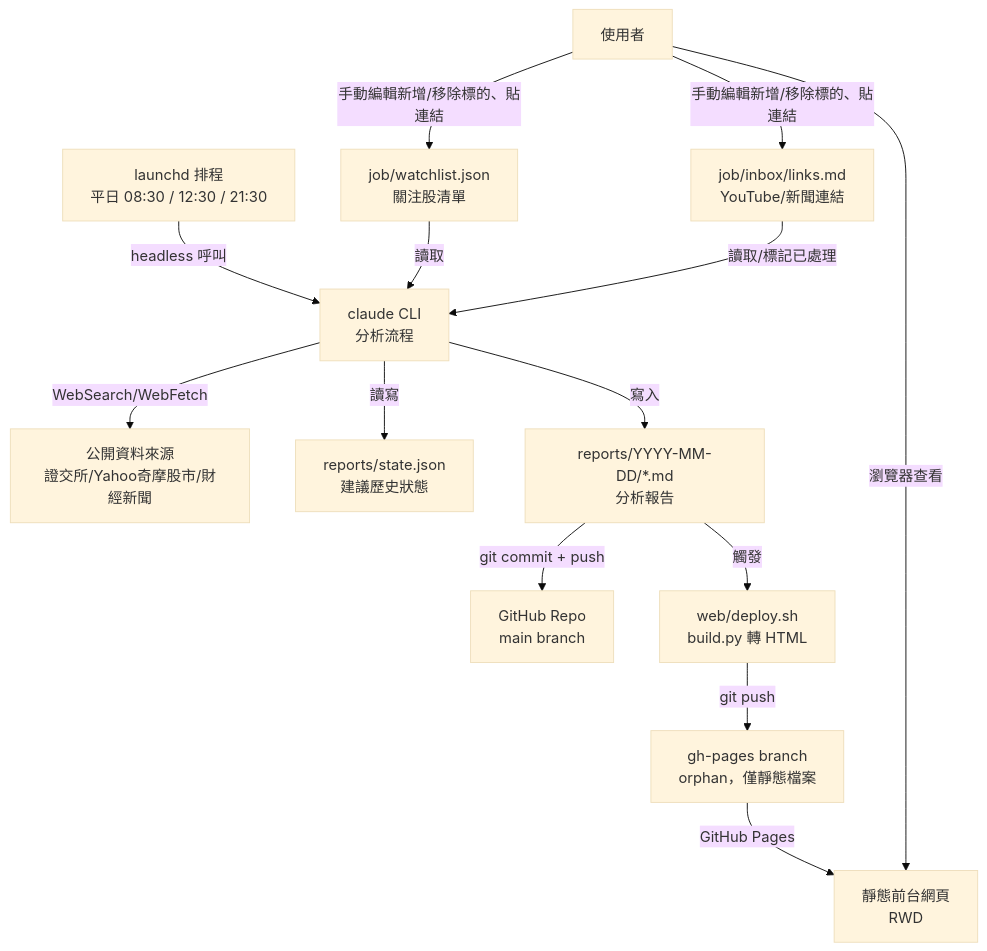
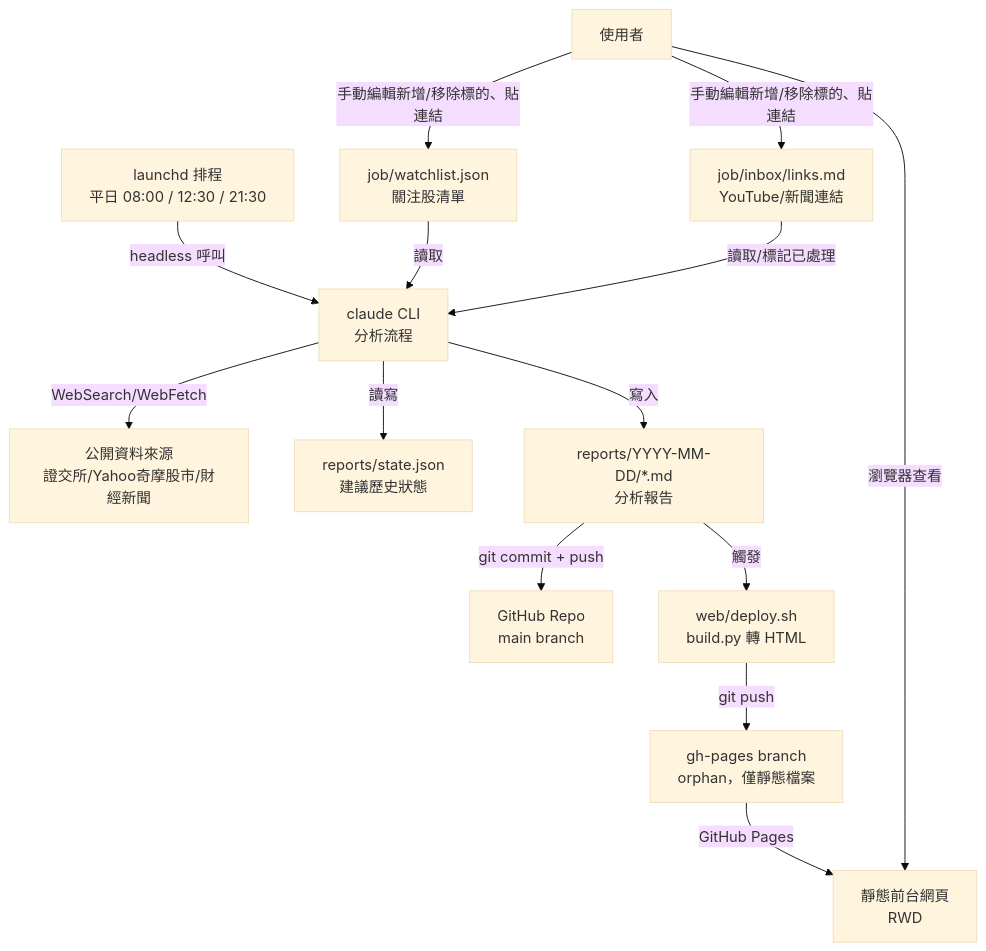
One commit to Blackjtsai/blackj-stock-point-guard changed the diagram in docs/design/ARCHITECTURE.md. Above: the diagram before and after it, drawn with Mermaid (base theme). The commit also changed other lines of this file and 17 other files, not shown here.

````diff
--- a/docs/design/ARCHITECTURE.md
+++ b/docs/design/ARCHITECTURE.md
@@ -5,16 +5,16 @@
 ```mermaid
 graph TD
-    L[launchd 排程<br/>平日 08:30 / 12:30 / 21:30] -->|headless 呼叫| C[claude CLI<br/>分析流程]
+    L[launchd 排程<br/>平日 08:00 / 12:30 / 21:30] -->|headless 呼叫| C[claude CLI<br/>分析流程]
     C -->|WebSearch/WebFetch| D[公開資料來源<br/>證交所/Yahoo奇摩股市/財經新聞]
     WL[job/watchlist.json<br/>關注股清單] -->|讀取| C
     IB[job/inbox/links.md<br/>YouTube/新聞連結] -->|讀取/標記已處理| C
     C -->|讀寫| S[reports/state.json<br/>建議歷史狀態]
     C -->|寫入| R[reports/YYYY-MM-DD/*.md<br/>分析報告]
     R -->|git commit + push| G[GitHub Repo<br/>main branch]
     R -->|觸發| B[web/deploy.sh<br/>build.py 轉 HTML]
     B -->|git push| GP[gh-pages branch<br/>orphan，僅靜態檔案]
     GP -->|GitHub Pages| W[靜態前台網頁<br/>RWD]
     U[使用者] -->|瀏覽器查看| W
     U -->|手動編輯新增/移除標的、貼連結| WL
     U -->|手動編輯新增/移除標的、貼連結| IB
 ```
````
